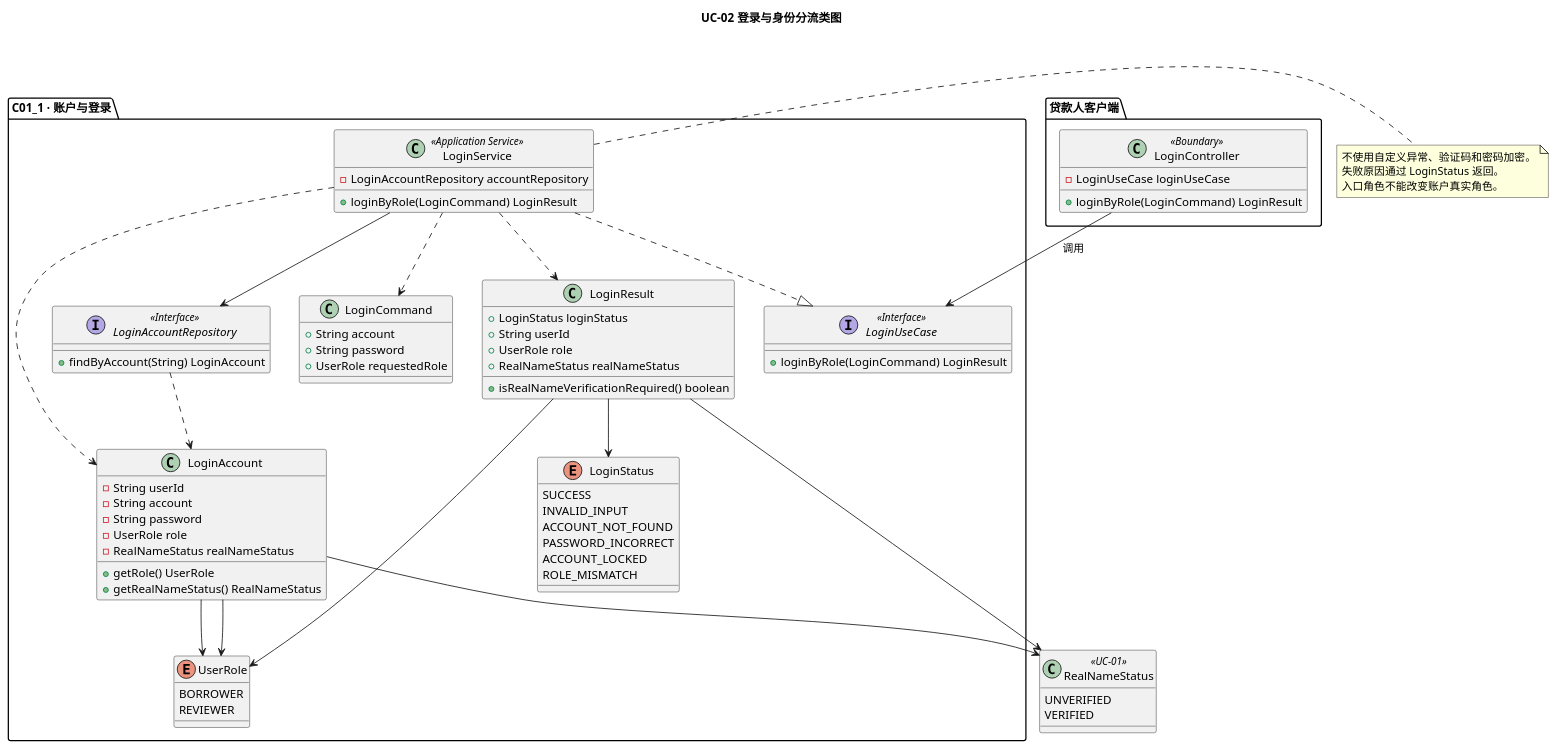
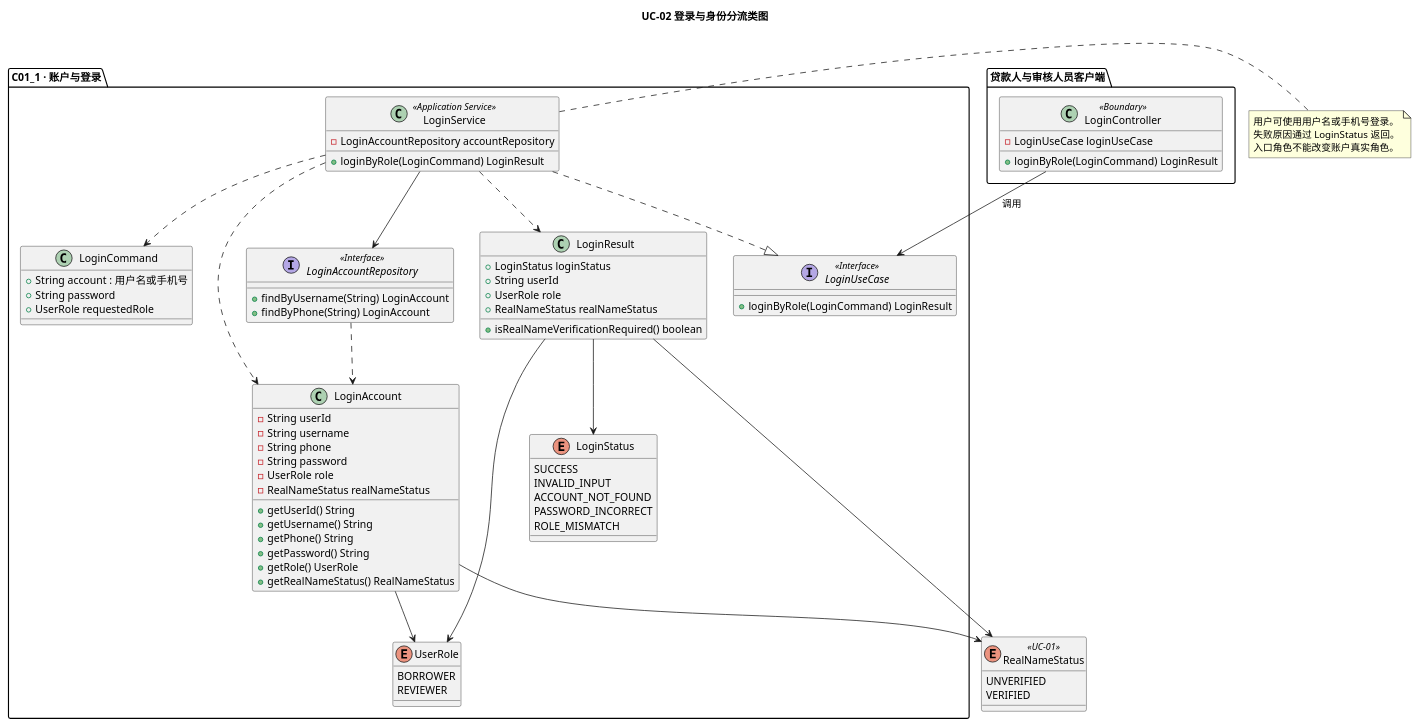
The diagram in code/C01/UC_02/uc-02-class-diagram.pu (sam5053/Integrated-Design), drawn with PlantUML before and after one commit. The commit also changed 16 other files, not shown here.

```diff
--- a/code/C01/UC_02/uc-02-class-diagram.pu
+++ b/code/C01/UC_02/uc-02-class-diagram.pu
@@ -1,90 +1,95 @@
 @startuml 登录与分流
 
 title UC-02 登录与身份分流类图
+scale 0.9
 
-package "贷款人客户端" {
+package "贷款人与审核人员客户端" {
   class LoginController <<Boundary>> {
     -LoginUseCase loginUseCase
     +loginByRole(LoginCommand) LoginResult
   }
 }
 
 package "C01_1 · 账户与登录" {
   interface LoginUseCase <<Interface>> {
     +loginByRole(LoginCommand) LoginResult
   }
 
   class LoginService <<Application Service>> {
     -LoginAccountRepository accountRepository
     +loginByRole(LoginCommand) LoginResult
   }
 
   class LoginCommand {
-    +String account
+    +String account : 用户名或手机号
     +String password
     +UserRole requestedRole
   }
 
   class LoginResult {
     +LoginStatus loginStatus
     +String userId
     +UserRole role
     +RealNameStatus realNameStatus
     +isRealNameVerificationRequired() boolean
   }
 
   class LoginAccount {
     -String userId
-    -String account
+    -String username
+    -String phone
     -String password
     -UserRole role
     -RealNameStatus realNameStatus
+    +getUserId() String
+    +getUsername() String
+    +getPhone() String
+    +getPassword() String
     +getRole() UserRole
     +getRealNameStatus() RealNameStatus
   }
 
   interface LoginAccountRepository <<Interface>> {
-    +findByAccount(String) LoginAccount
+    +findByUsername(String) LoginAccount
+    +findByPhone(String) LoginAccount
   }
 
   enum UserRole {
     BORROWER
     REVIEWER
   }
 
   enum LoginStatus {
     SUCCESS
     INVALID_INPUT
     ACCOUNT_NOT_FOUND
     PASSWORD_INCORRECT
-    ACCOUNT_LOCKED
     ROLE_MISMATCH
   }
 }
 
-class RealNameStatus <<UC-01>> {
+enum RealNameStatus <<UC-01>> {
   UNVERIFIED
   VERIFIED
 }
 
 LoginController --> LoginUseCase : 调用
 LoginService ..|> LoginUseCase
 LoginService --> LoginAccountRepository
 LoginService ..> LoginCommand
 LoginService ..> LoginResult
 LoginService ..> LoginAccount
 LoginAccountRepository ..> LoginAccount
 LoginResult --> LoginStatus
 LoginResult --> UserRole
 LoginResult --> RealNameStatus
 LoginAccount --> UserRole
-LoginAccount --> UserRole
 LoginAccount --> RealNameStatus
 
 note right of LoginService
-  不使用自定义异常、验证码和密码加密。
+  用户可使用用户名或手机号登录。
   失败原因通过 LoginStatus 返回。
   入口角色不能改变账户真实角色。
 end note
 
 @enduml
```
